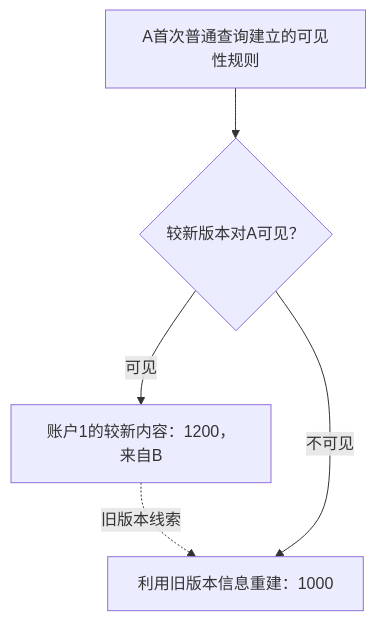
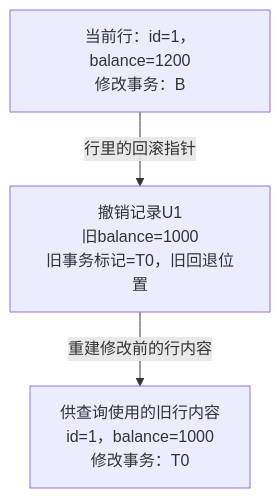
Before and after one commit to FxorG00/system-learning-notes: the second of 3 diagrams in week13/day6/day6.md, drawn with Mermaid. The commit also changed other lines of this file and 20 other files, not shown here.

````diff
--- a/week13/day6/day6.md
+++ b/week13/day6/day6.md
@@ -382,7 +583,5 @@
 ```mermaid
 graph TD
-    N["账户1的较新内容：1200，来自B"] -.->|旧版本线索| O["利用旧版本信息重建：1000"]
-    A["A首次普通查询建立的可见性规则"] --> Q{"较新版本对A可见？"}
-    Q -->|不可见| O
-    Q -->|可见| N
+    N["当前行：id=1，balance=1200<br/>修改事务：B"] -->|行里的回滚指针| U["撤销记录U1<br/>旧balance=1000<br/>旧事务标记=T0，旧回退位置"]
+    U -->|重建修改前的行内容| O["供查询使用的旧行内容<br/>id=1，balance=1000<br/>修改事务：T0"]
 ```
````
